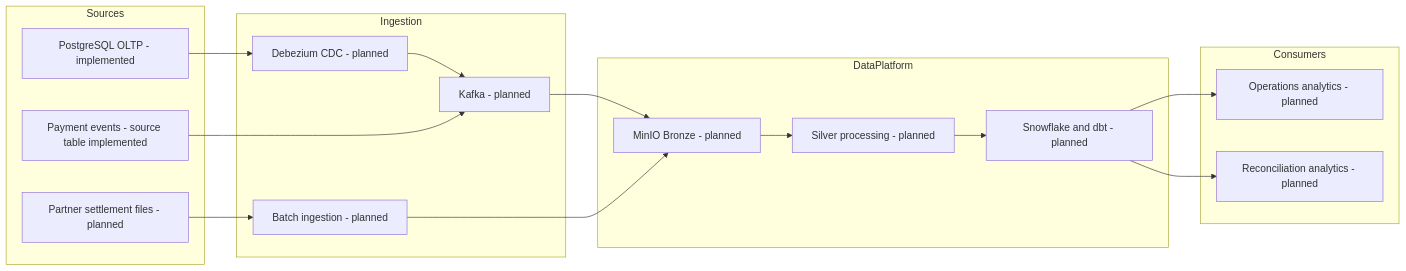
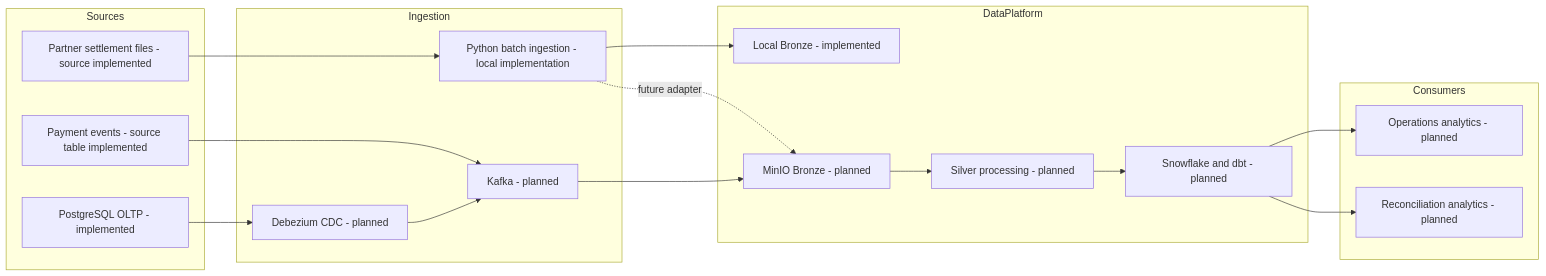
Before and after one commit to minzi03/fintech-payments-data-platform: the diagram in docs/architecture/target-architecture.md, drawn with Mermaid. The commit also changed other lines of this file and 37 other files, not shown here.

Commit message:
feat: add partner settlement batch ingestion

````diff
--- a/docs/architecture/target-architecture.md
+++ b/docs/architecture/target-architecture.md
@@ -66,32 +73,34 @@
 ```mermaid
 flowchart LR
     subgraph Sources
         OLTP["PostgreSQL OLTP - implemented"]
         EVENTS["Payment events - source table implemented"]
-        FILES["Partner settlement files - planned"]
+        FILES["Partner settlement files - source implemented"]
     end
 
     subgraph Ingestion
         CDC["Debezium CDC - planned"]
         KAFKA["Kafka - planned"]
-        BATCH["Batch ingestion - planned"]
+        BATCH["Python batch ingestion - local implementation"]
     end
 
     subgraph DataPlatform
+        LOCAL["Local Bronze - implemented"]
         BRONZE["MinIO Bronze - planned"]
         SILVER["Silver processing - planned"]
         WAREHOUSE["Snowflake and dbt - planned"]
     end
 
     subgraph Consumers
         OPS["Operations analytics - planned"]
         FIN["Reconciliation analytics - planned"]
     end
 
     OLTP --> CDC --> KAFKA --> BRONZE
     EVENTS --> KAFKA
-    FILES --> BATCH --> BRONZE
+    FILES --> BATCH --> LOCAL
+    BATCH -. future adapter .-> BRONZE
     BRONZE --> SILVER --> WAREHOUSE
     WAREHOUSE --> OPS
     WAREHOUSE --> FIN
 ```
````
